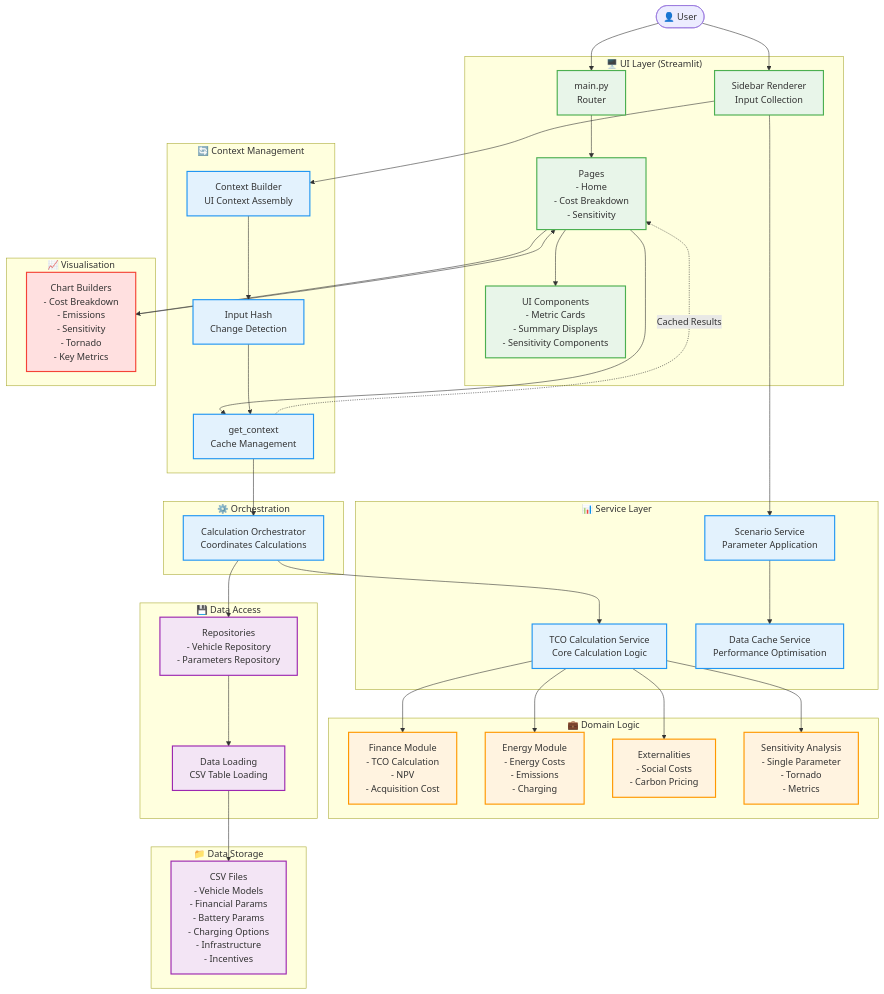
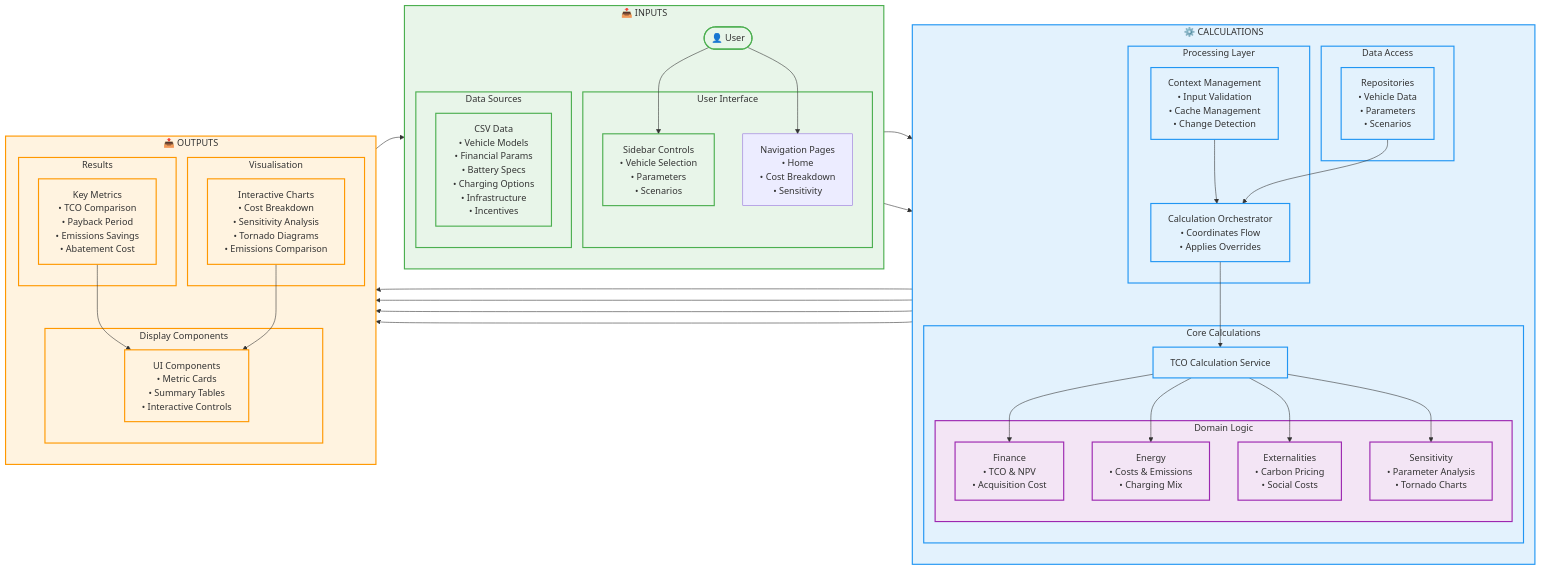
The first of 2 diagrams in documentation/analysis/architecture_diagram.md (emil7051/updated_tco), drawn with Mermaid before and after one commit. The commit also changed other lines of this file and 8 other files, not shown here.

````diff
--- a/documentation/analysis/architecture_diagram.md
+++ b/documentation/analysis/architecture_diagram.md
@@ -8,98 +8,95 @@
 ```mermaid
-flowchart TB
-    %% User Interface Layer
-    subgraph UI["🖥️ UI Layer (Streamlit)"]
-        Main[main.py<br/>Router]
-        Pages[Pages<br/>- Home<br/>- Cost Breakdown<br/>- Sensitivity]
-        Sidebar[Sidebar Renderer<br/>Input Collection]
-        Components[UI Components<br/>- Metric Cards<br/>- Summary Displays<br/>- Sensitivity Components]
+flowchart LR
+    %% INPUTS SECTION
+    subgraph Inputs["📥 INPUTS"]
+        direction TB
+        User([👤 User])
+        
+        subgraph UserInputs["User Interface"]
+            Sidebar[Sidebar Controls<br/>• Vehicle Selection<br/>• Parameters<br/>• Scenarios]
+            Pages[Navigation Pages<br/>• Home<br/>• Cost Breakdown<br/>• Sensitivity]
+        end
+        
+        subgraph DataSources["Data Sources"]
+            CSVFiles[CSV Data<br/>• Vehicle Models<br/>• Financial Params<br/>• Battery Specs<br/>• Charging Options<br/>• Infrastructure<br/>• Incentives]
+        end
     end
 
-    %% Context Management
-    subgraph Context["🔄 Context Management"]
-        GetContext[get_context<br/>Cache Management]
-        ContextBuilder[Context Builder<br/>UI Context Assembly]
-        InputHash[Input Hash<br/>Change Detection]
+    %% CALCULATIONS SECTION  
+    subgraph Calculations["⚙️ CALCULATIONS"]
+        direction TB
+        
+        subgraph Processing["Processing Layer"]
+            Context[Context Management<br/>• Input Validation<br/>• Cache Management<br/>• Change Detection]
+            Orchestrator[Calculation Orchestrator<br/>• Coordinates Flow<br/>• Applies Overrides]
+        end
+        
+        subgraph CoreCalcs["Core Calculations"]
+            TCOService[TCO Calculation Service]
+            
+            subgraph Domains["Domain Logic"]
+                Finance[Finance<br/>• TCO & NPV<br/>• Acquisition Cost]
+                Energy[Energy<br/>• Costs & Emissions<br/>• Charging Mix]
+                Externalities[Externalities<br/>• Carbon Pricing<br/>• Social Costs]
+                Sensitivity[Sensitivity<br/>• Parameter Analysis<br/>• Tornado Charts]
+            end
+        end
+        
+        subgraph DataAccess["Data Access"]
+            Repositories[Repositories<br/>• Vehicle Data<br/>• Parameters<br/>• Scenarios]
+        end
     end
 
-    %% Orchestration Layer
-    subgraph Orchestration["⚙️ Orchestration"]
-        CalcOrch[Calculation Orchestrator<br/>Coordinates Calculations]
+    %% OUTPUTS SECTION
+    subgraph Outputs["📤 OUTPUTS"]
+        direction TB
+        
+        subgraph Results["Results"]
+            Metrics[Key Metrics<br/>• TCO Comparison<br/>• Payback Period<br/>• Emissions Savings<br/>• Abatement Cost]
+        end
+        
+        subgraph Visualisation["Visualisation"]
+            Charts[Interactive Charts<br/>• Cost Breakdown<br/>• Sensitivity Analysis<br/>• Tornado Diagrams<br/>• Emissions Comparison]
+        end
+        
+        subgraph Display["Display Components"]
+            Components[UI Components<br/>• Metric Cards<br/>• Summary Tables<br/>• Interactive Controls]
+        end
     end
 
-    %% Service Layer
-    subgraph Services["📊 Service Layer"]
-        TCOService[TCO Calculation Service<br/>Core Calculation Logic]
-        ScenarioService[Scenario Service<br/>Parameter Application]
-        DataCache[Data Cache Service<br/>Performance Optimisation]
-    end
-
-    %% Domain Layer
-    subgraph Domain["💼 Domain Logic"]
-        Finance[Finance Module<br/>- TCO Calculation<br/>- NPV<br/>- Acquisition Cost]
-        Energy[Energy Module<br/>- Energy Costs<br/>- Emissions<br/>- Charging]
-        Externalities[Externalities<br/>- Social Costs<br/>- Carbon Pricing]
-        Sensitivity[Sensitivity Analysis<br/>- Single Parameter<br/>- Tornado<br/>- Metrics]
-    end
-
-    %% Data Access Layer
-    subgraph DataAccess["💾 Data Access"]
-        Repositories[Repositories<br/>- Vehicle Repository<br/>- Parameters Repository]
-        DataLoading[Data Loading<br/>CSV Table Loading]
-    end
-
-    %% Data Storage
-    subgraph Storage["📁 Data Storage"]
-        CSVFiles[CSV Files<br/>- Vehicle Models<br/>- Financial Params<br/>- Battery Params<br/>- Charging Options<br/>- Infrastructure<br/>- Incentives]
-    end
-
-    %% Visualisation
-    subgraph Plotters["📈 Visualisation"]
-        Charts[Chart Builders<br/>- Cost Breakdown<br/>- Emissions<br/>- Sensitivity<br/>- Tornado<br/>- Key Metrics]
-    end
-
-    %% Data Flow
-    User([👤 User]) --> Main
-    Main --> Pages
-    Pages --> GetContext
+    %% MAIN FLOW
+    User --> Sidebar
+    User --> Pages
     
-    User --> Sidebar
-    Sidebar --> ContextBuilder
-    ContextBuilder --> InputHash
-    InputHash --> GetContext
+    Sidebar --> Context
+    CSVFiles --> Repositories
     
-    GetContext --> CalcOrch
-    CalcOrch --> TCOService
+    Context --> Orchestrator
+    Repositories --> Orchestrator
     
+    Orchestrator --> TCOService
     TCOService --> Finance
-    TCOService --> Energy
+    TCOService --> Energy  
     TCOService --> Externalities
     TCOService --> Sensitivity
     
-    CalcOrch --> Repositories
-    Repositories --> DataLoading
-    DataLoading --> CSVFiles
+    Finance --> Metrics
+    Energy --> Metrics
+    Externalities --> Metrics
+    Sensitivity --> Charts
     
-    Sidebar --> ScenarioService
-    ScenarioService --> DataCache
-    
-    Pages --> Components
-    Pages --> Charts
-    Charts --> Pages
-    
-    GetContext -.->|Cached Results| Pages
+    Metrics --> Components
+    Charts --> Components
+    Components --> Pages
 
     %% Styling
-    classDef ui fill:#E8F5E9,stroke:#4CAF50,stroke-width:2px
-    classDef service fill:#E3F2FD,stroke:#2196F3,stroke-width:2px
-    classDef domain fill:#FFF3E0,stroke:#FF9800,stroke-width:2px
-    classDef data fill:#F3E5F5,stroke:#9C27B0,stroke-width:2px
-    classDef viz fill:#FFE0E0,stroke:#F44336,stroke-width:2px
+    classDef inputStyle fill:#E8F5E9,stroke:#4CAF50,stroke-width:2px
+    classDef calcStyle fill:#E3F2FD,stroke:#2196F3,stroke-width:2px  
+    classDef outputStyle fill:#FFF3E0,stroke:#FF9800,stroke-width:2px
+    classDef domainStyle fill:#F3E5F5,stroke:#9C27B0,stroke-width:2px
     
-    class Main,Pages,Sidebar,Components ui
-    class GetContext,ContextBuilder,InputHash,CalcOrch service
-    class TCOService,ScenarioService,DataCache service
-    class Finance,Energy,Externalities,Sensitivity domain
-    class Repositories,DataLoading,CSVFiles data
-    class Charts viz
+    class Inputs,UserInputs,DataSources,User,Sidebar,CSVFiles inputStyle
+    class Calculations,Processing,CoreCalcs,DataAccess,Context,Orchestrator,TCOService,Repositories calcStyle
+    class Outputs,Results,Visualisation,Display,Metrics,Charts,Components outputStyle
+    class Domains,Finance,Energy,Externalities,Sensitivity domainStyle
 ```
````
